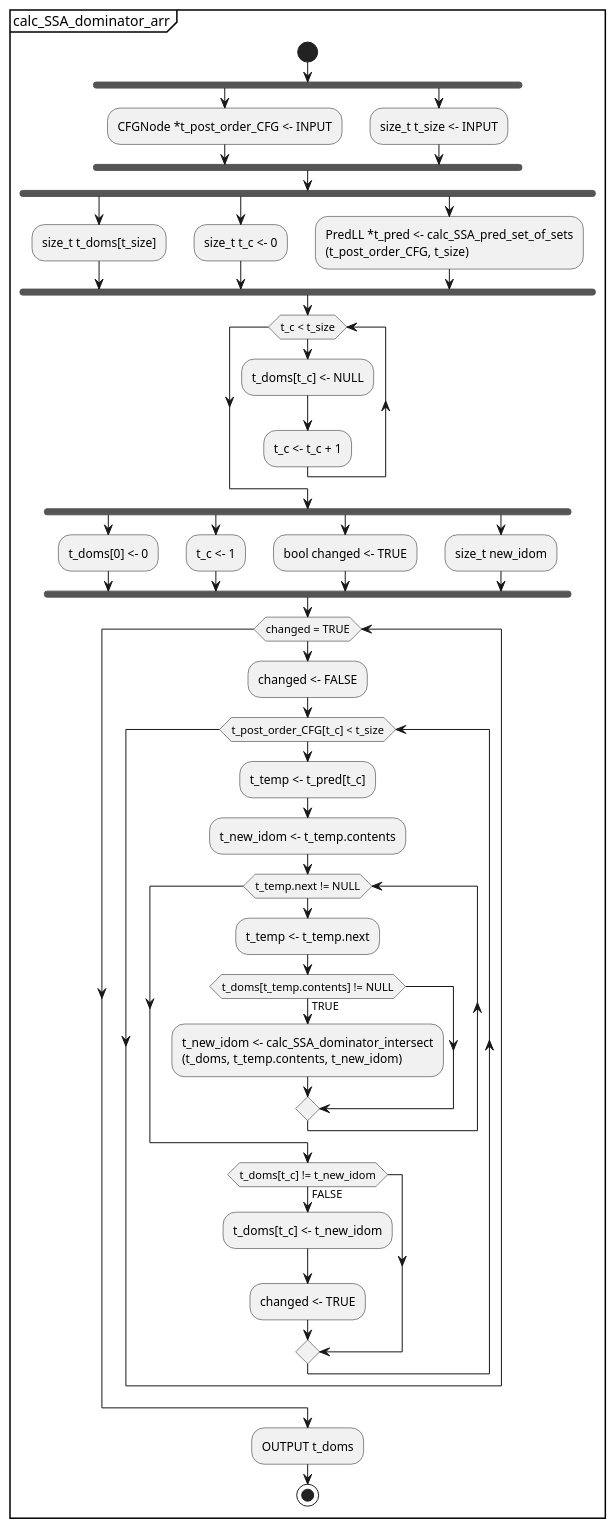
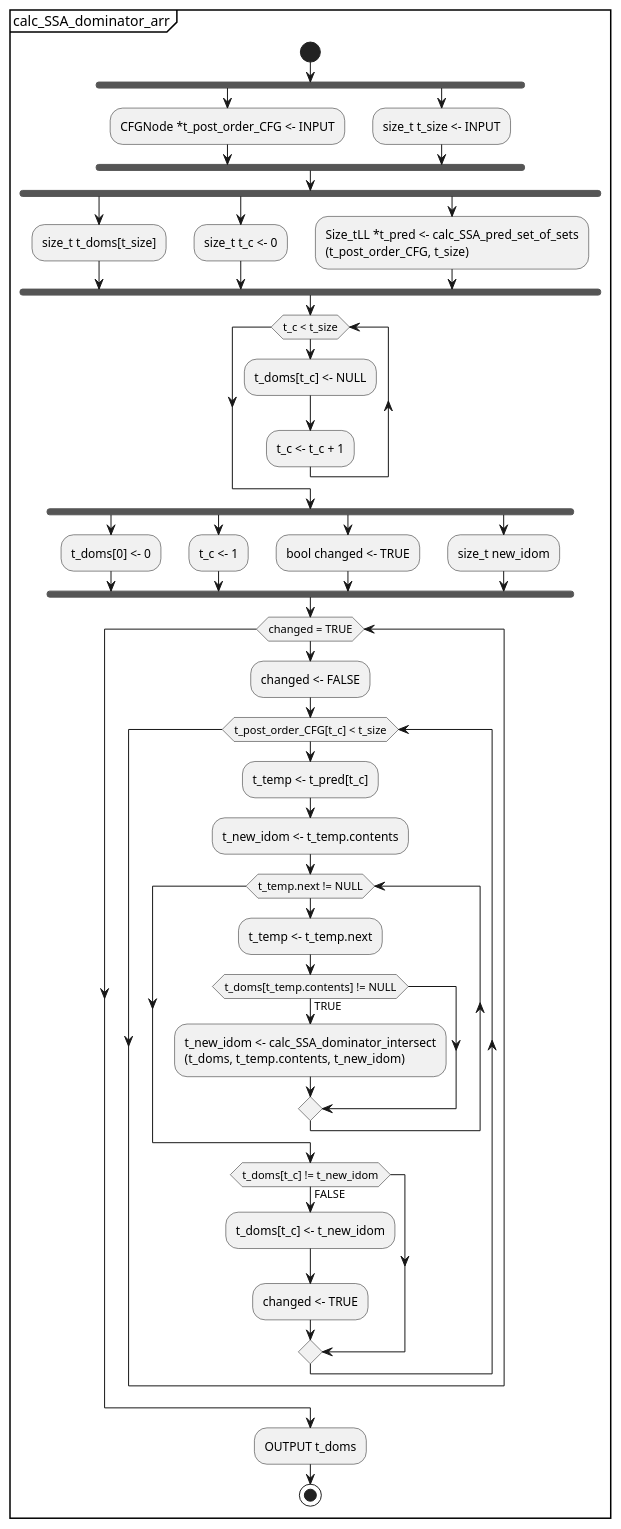
One commit to KeithCBrett/Python-Compiler changed the diagram in docs/UML/Single_Static_Assignment_Generation_Scheme/submodules/md/calc_SSA_dominator_arr.md. Above: the diagram before and after it, drawn with PlantUML. The commit also changed 10 other files, not shown here.

```diff
--- a/docs/UML/Single_Static_Assignment_Generation_Scheme/submodules/md/calc_SSA_dominator_arr.md
+++ b/docs/UML/Single_Static_Assignment_Generation_Scheme/submodules/md/calc_SSA_dominator_arr.md
@@ -1,51 +1,51 @@
 @startuml
 partition calc_SSA_dominator_arr {
     start
     fork
     :CFGNode *t_post_order_CFG <- INPUT;
     fork again
     :size_t t_size <- INPUT;
     fork end
     fork
     :size_t t_doms[t_size];
     fork again
     :size_t t_c <- 0;
     fork again
-    :PredLL *t_pred <- calc_SSA_pred_set_of_sets
+    :Size_tLL *t_pred <- calc_SSA_pred_set_of_sets
     (t_post_order_CFG, t_size);
     fork end
     while (t_c < t_size)
         :t_doms[t_c] <- NULL;
         :t_c <- t_c + 1;
     endwhile
     fork
     :t_doms[0] <- 0;
     fork again
     :t_c <- 1;
     fork again
     :bool changed <- TRUE;
     fork again
     :size_t new_idom;
     fork end
     while (changed = TRUE)
         :changed <- FALSE;
         while (t_post_order_CFG[t_c] < t_size)
             :t_temp <- t_pred[t_c];
             :t_new_idom <- t_temp.contents;
             while (t_temp.next != NULL)
                 :t_temp <- t_temp.next;
                 if (t_doms[t_temp.contents] != NULL) then (TRUE)
                     :t_new_idom <- calc_SSA_dominator_intersect
                     (t_doms, t_temp.contents, t_new_idom);
                 endif
             endwhile
             if (t_doms[t_c] != t_new_idom) then (FALSE)
                 :t_doms[t_c] <- t_new_idom;
                 :changed <- TRUE;
             endif
         endwhile
     endwhile
     :OUTPUT t_doms;
     stop
 }
 @enduml
```
